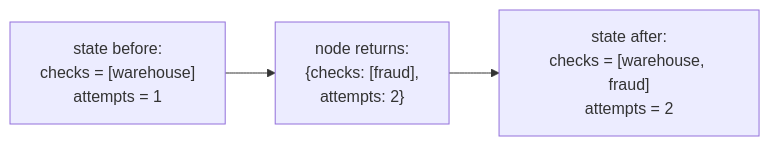
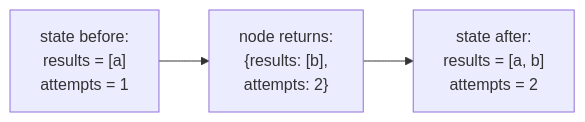
One commit to shubamchaudhary/CodeNITW changed the second of 9 diagrams in src/Data/aiStackDocs/CH-14.md. Above: the diagram before and after it, drawn with Mermaid. The commit also changed other lines of this file and 7 other files, not shown here.

````diff
--- a/src/Data/aiStackDocs/CH-14.md
+++ b/src/Data/aiStackDocs/CH-14.md
@@ -52,5 +57,5 @@
 ```mermaid
 flowchart LR
-    S1["state before:<br/>checks = [warehouse]<br/>attempts = 1"] --> N["node returns:<br/>{checks: [fraud],<br/>attempts: 2}"]
-    N --> S2["state after:<br/>checks = [warehouse, fraud]<br/>attempts = 2"]
+    S1["state before:<br/>results = [a]<br/>attempts = 1"] --> N["node returns:<br/>{results: [b],<br/>attempts: 2}"]
+    N --> S2["state after:<br/>results = [a, b]<br/>attempts = 2"]
 ```
````
